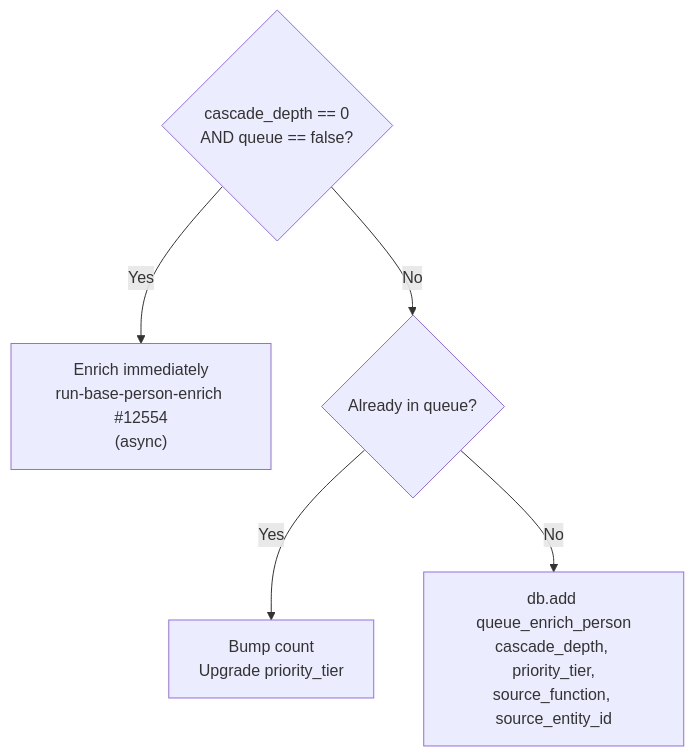
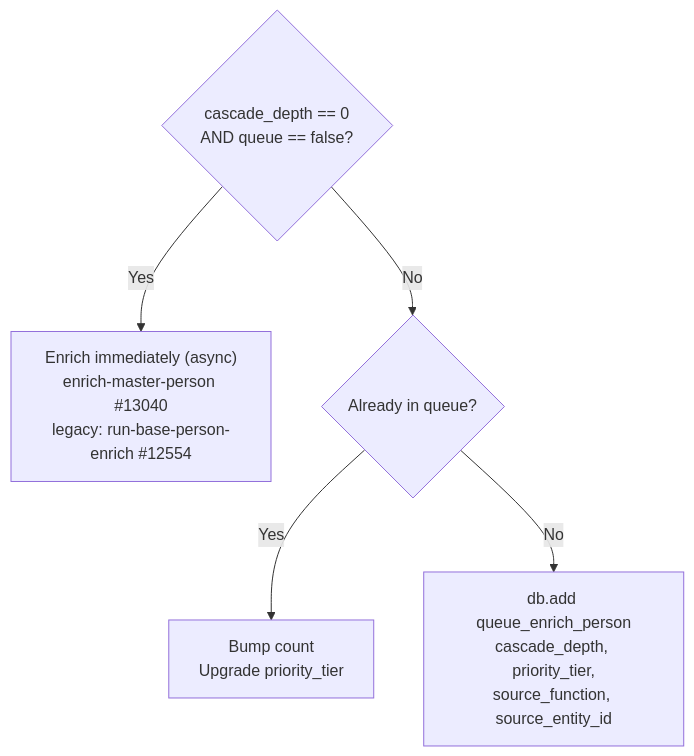
The sixth of 6 diagrams in guides/enrichment/waterfall/person-enrichment-phases.mdx (M-Pederson/docs), drawn with Mermaid before and after one commit. The commit also changed other lines of this file and 20 other files, not shown here.

````diff
--- a/guides/enrichment/waterfall/person-enrichment-phases.mdx
+++ b/guides/enrichment/waterfall/person-enrichment-phases.mdx
@@ -170,7 +205,7 @@
 ```mermaid
 graph TD
-    A{cascade_depth == 0<br/>AND queue == false?} -->|Yes| B["Enrich immediately<br/>run-base-person-enrich #12554<br/>(async)"]
+    A{cascade_depth == 0<br/>AND queue == false?} -->|Yes| B["Enrich immediately (async)<br/>enrich-master-person #13040<br/>legacy: run-base-person-enrich #12554"]
     A -->|No| C{Already in queue?}
     C -->|Yes| D["Bump count<br/>Upgrade priority_tier"]
     C -->|No| E["db.add queue_enrich_person<br/>cascade_depth, priority_tier,<br/>source_function, source_entity_id"]
 ```
````
